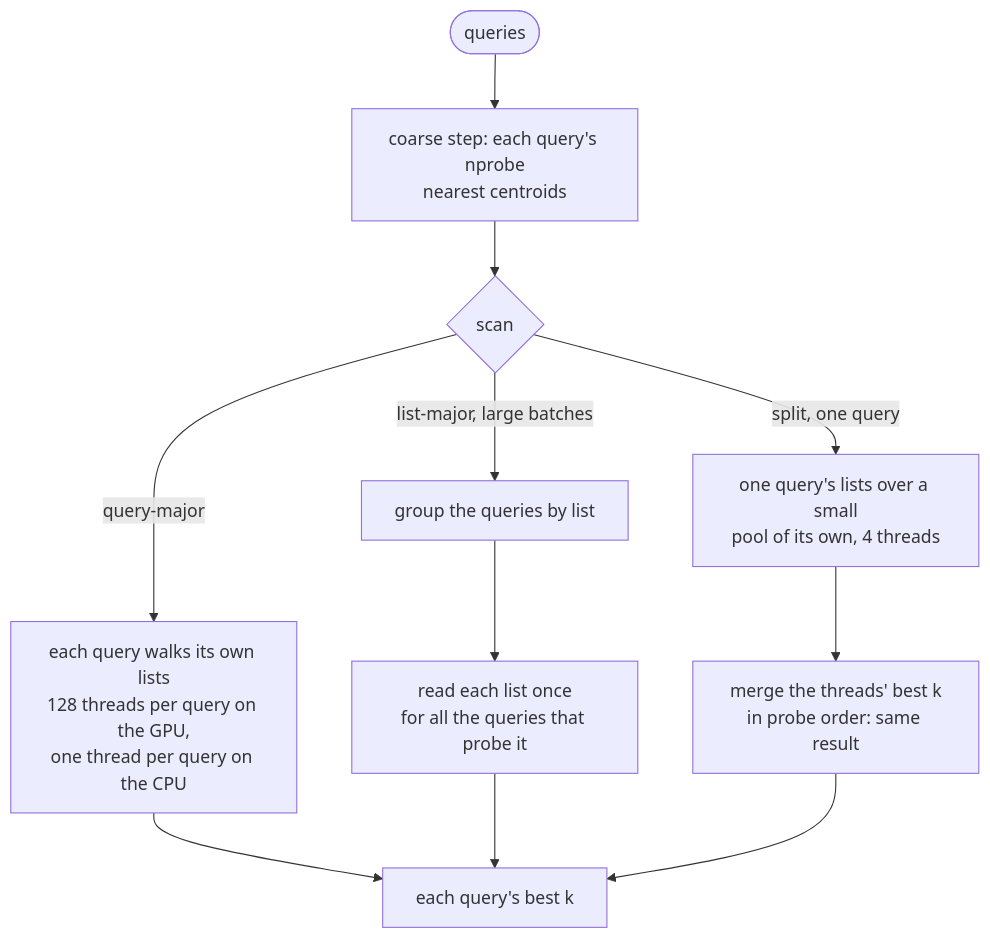
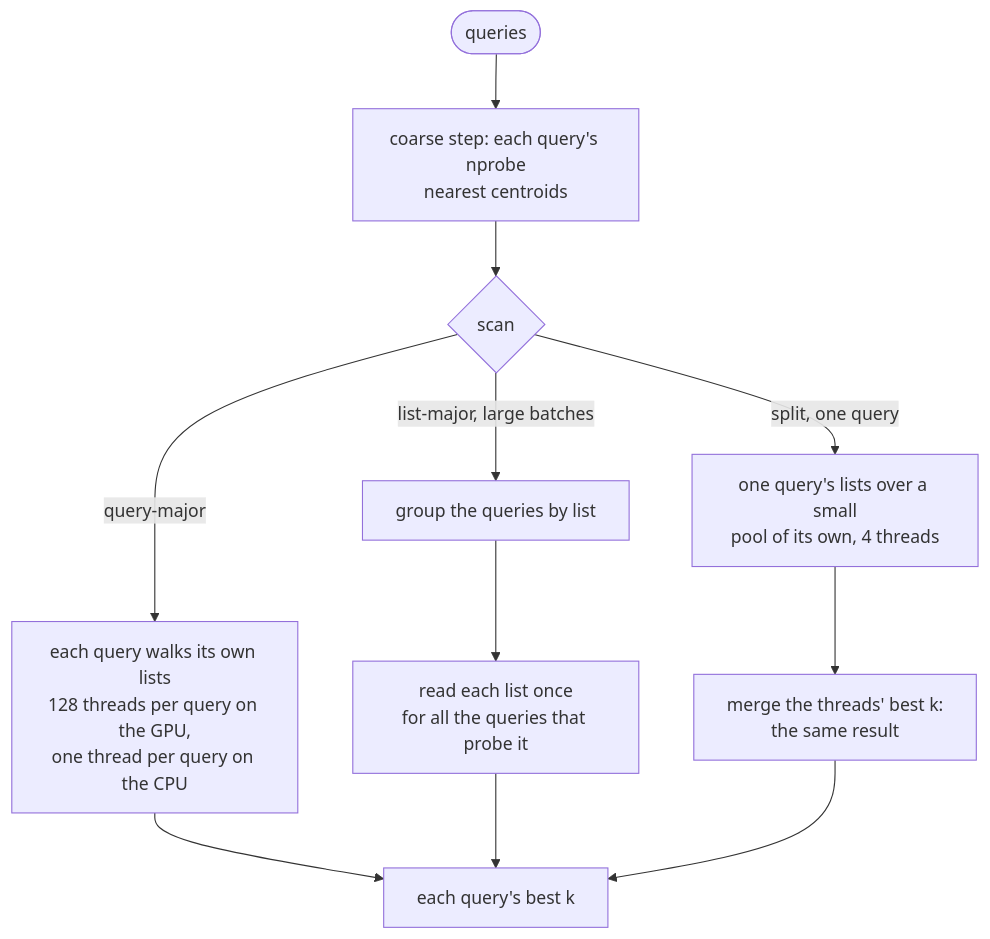
One commit to vglazer/siann changed the second of 5 diagrams in IMPLEMENTATION.md. Above: the diagram before and after it, drawn with Mermaid. The commit also changed other lines of this file and 13 other files, not shown here.

````diff
--- a/IMPLEMENTATION.md
+++ b/IMPLEMENTATION.md
@@ -188,11 +188,11 @@
 ```mermaid
 flowchart TB
     qs(["queries"]) --> coarse["coarse step: each query's nprobe<br/>nearest centroids"]
     coarse --> mode{"scan"}
     mode -- "query-major" --> qm["each query walks its own lists<br/>128 threads per query on the GPU,<br/>one thread per query on the CPU"]
     mode -- "list-major, large batches" --> grp["group the queries by list"] --> lm["read each list once<br/>for all the queries that probe it"]
     mode -- "split, one query" --> sp["one query's lists over a small<br/>pool of its own, 4 threads"]
     qm --> merge["each query's best k"]
     lm --> merge
-    sp --> merge2["merge the threads' best k<br/>in probe order: same result"] --> merge
+    sp --> merge2["merge the threads' best k:<br/>the same result"] --> merge
 ```
````
